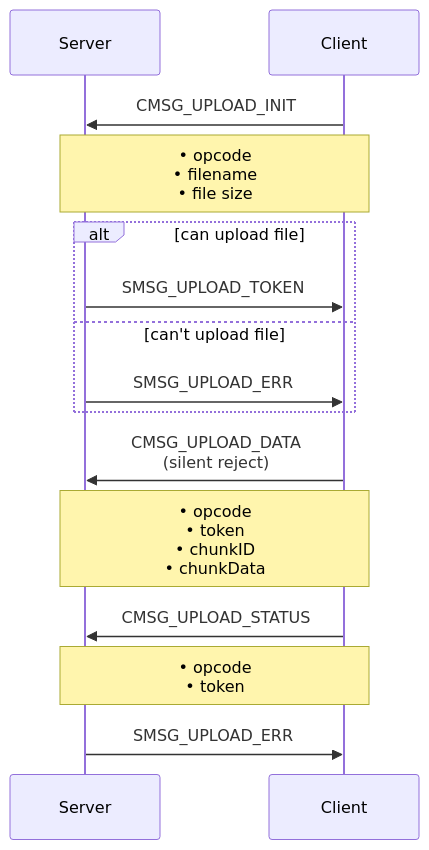
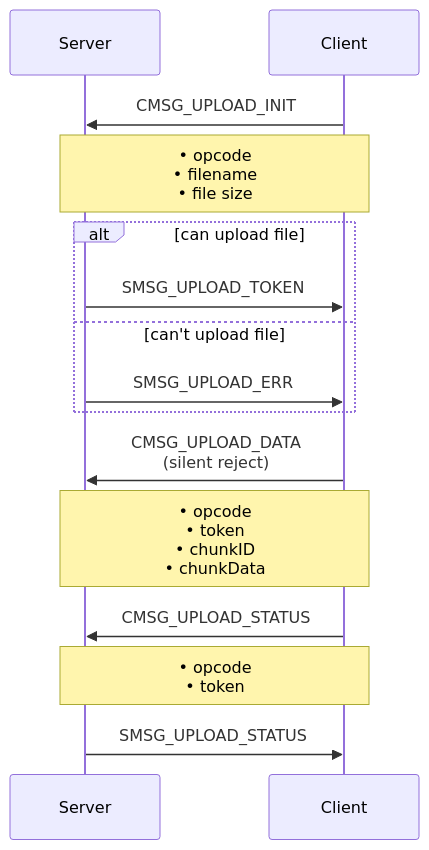
Before and after one commit to Wired95/Communo: the diagram in doc/TargetUploadSequence.md, drawn with Mermaid. The commit also changed 10 other files, not shown here.

````diff
--- a/doc/TargetUploadSequence.md
+++ b/doc/TargetUploadSequence.md
@@ -1,23 +1,23 @@
 ```mermaid
 sequenceDiagram
     participant S as Server
     participant C as Client
 
 
     C->>S: CMSG_UPLOAD_INIT
     Note over C,S: • opcode<br/>• filename<br/>• file size
 
     alt can upload file
         S->>C: SMSG_UPLOAD_TOKEN
     else can't upload file
         S->>C: SMSG_UPLOAD_ERR
     end
 
     C->>S: CMSG_UPLOAD_DATA<br/>(silent reject)
     Note over C,S: • opcode<br/>• token<br/>• chunkID<br/>• chunkData
 
     C->>S: CMSG_UPLOAD_STATUS
     Note over C,S: • opcode<br/>• token
 
-    S->>C: SMSG_UPLOAD_ERR
+    S->>C: SMSG_UPLOAD_STATUS
 ```
````
